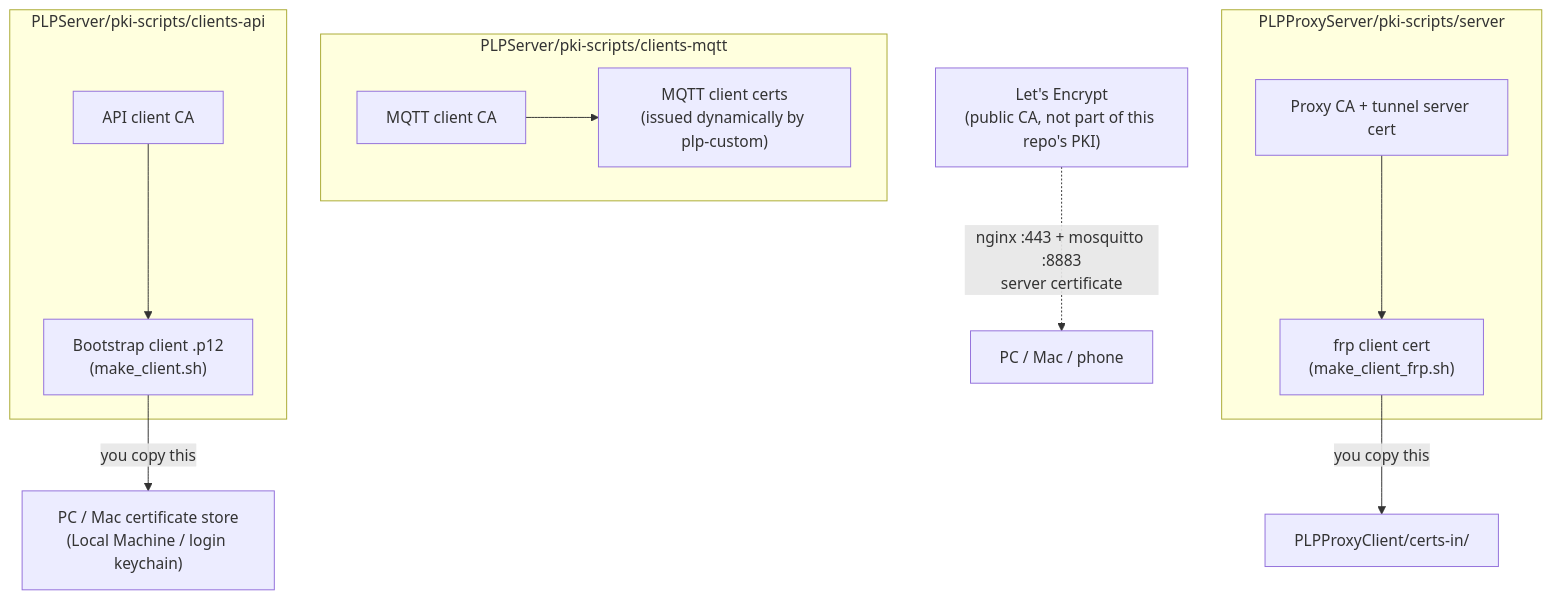
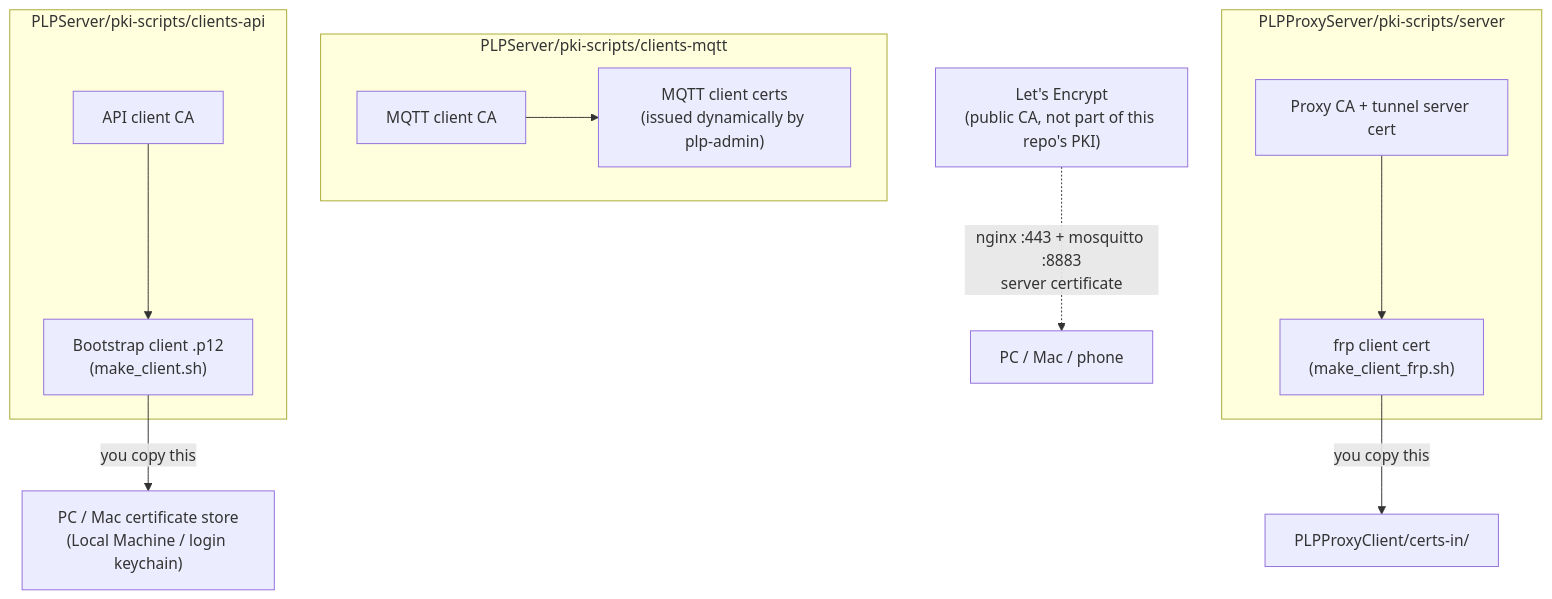
The fourth of 7 diagrams in README.md (phraselock/PhraseLock-Bridge), drawn with Mermaid before and after one commit. The commit also changed other lines of this file and 6 other files, not shown here.

First line of the commit message:
PLPServer installs plp-admin instead of plp-custom

````diff
--- a/README.md
+++ b/README.md
@@ -250,21 +250,21 @@
 ```mermaid
 flowchart TD
     subgraph S["PLPServer/pki-scripts/clients-api"]
         SCA[API client CA]
         SCA --> P12["Bootstrap client .p12<br/>(make_client.sh)"]
     end
     P12 -->|you copy this| PCMac["PC / Mac certificate store<br/>(Local Machine / login keychain)"]
 
     subgraph SM["PLPServer/pki-scripts/clients-mqtt"]
         MCA[MQTT client CA]
-        MCA --> MCert["MQTT client certs<br/>(issued dynamically by plp-custom)"]
+        MCA --> MCert["MQTT client certs<br/>(issued dynamically by plp-admin)"]
     end
 
     subgraph P["PLPProxyServer/pki-scripts/server"]
         PCA[Proxy CA + tunnel server cert]
         PCA --> FRPCert["frp client cert<br/>(make_client_frp.sh)"]
     end
     FRPCert -->|you copy this| CI["PLPProxyClient/certs-in/"]
 
     LE["Let's Encrypt<br/>(public CA, not part of this repo's PKI)"] -.->|"nginx :443 + mosquitto :8883<br/>server certificate"| Devices["PC / Mac / phone"]
 ```
````
